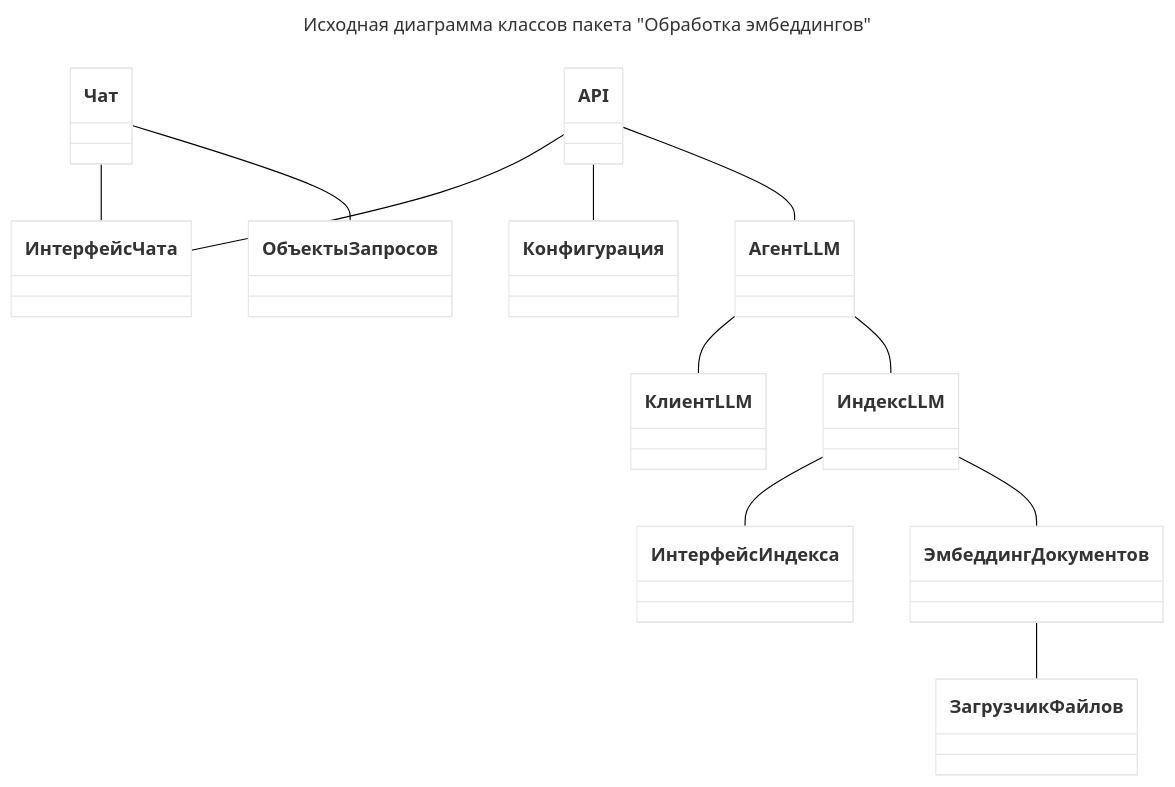
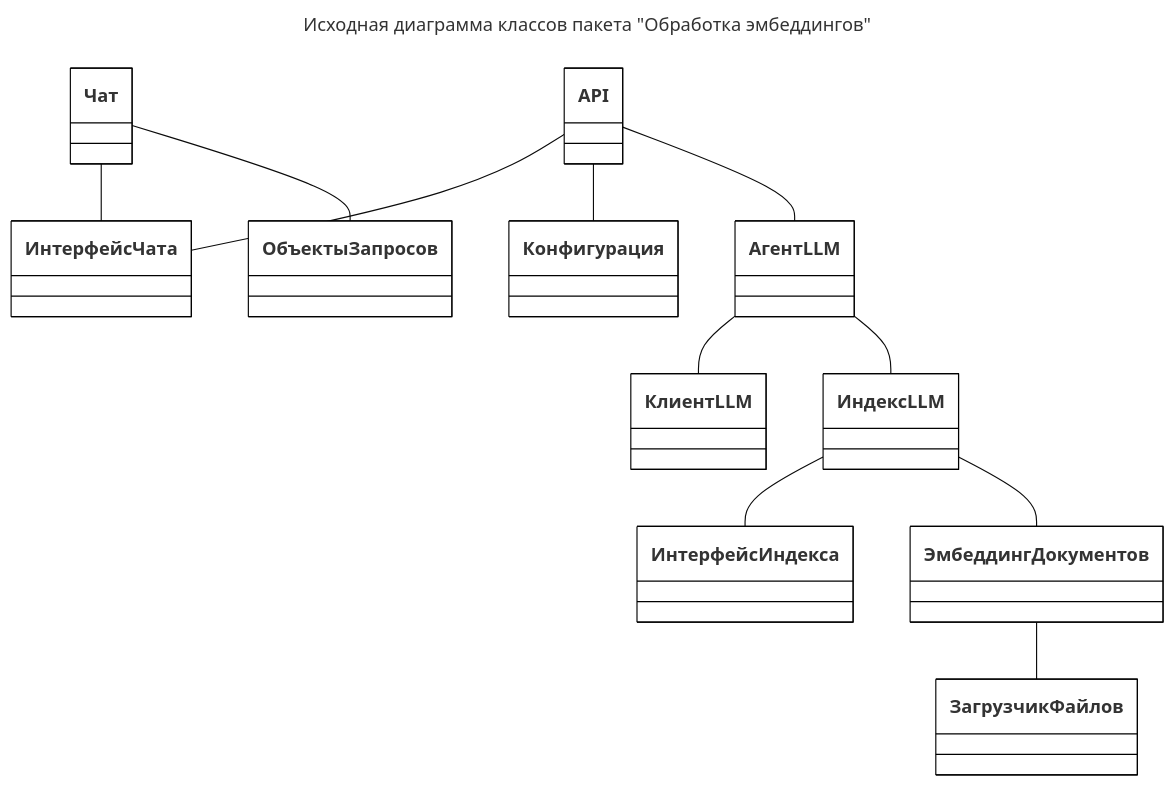
The diagram in Пакет Обработка эмбеддингов/Исходная диаграмма классов.md (CHSU-scenarAIst/diagrammy), drawn with Mermaid before and after one commit. The commit also changed 12 other files, not shown here.

````diff
--- a/Пакет Обработка эмбеддингов/Исходная диаграмма классов.md
+++ b/Пакет Обработка эмбеддингов/Исходная диаграмма классов.md
@@ -2,29 +2,39 @@
 ```mermaid
 ---
 title: Исходная диаграмма классов пакета "Обработка эмбеддингов"
 ---
-%%{init: {'theme': 'base', 'themeVariables': { 'primaryColor': '#fff', 'edgeColor': '#000', 'lineColor': '#000', 'actorTextColor': '#000'}}}%%
+%%{init: {
+  'theme': 'base',
+  'themeVariables': {
+    'primaryColor': '#fff',
+    'primaryBorderColor': '#000',
+    'fontFamily': 'arial',
+    'fontSize': '16px',
+    'signalTextColor': '#000',
+    'activationBackgroundColor': '#000'
+  }
+}}%%
 classDiagram
     class АгентLLM
     class КлиентLLM
     class ИндексLLM
     class ИнтерфейсИндекса
     class ЭмбеддингДокументов
     class ЗагрузчикФайлов
     class Чат
     class ИнтерфейсЧата
     class ОбъектыЗапросов
     class API
     class Конфигурация
 
     АгентLLM -- КлиентLLM
     АгентLLM -- ИндексLLM
     ИндексLLM -- ИнтерфейсИндекса
     ИндексLLM -- ЭмбеддингДокументов
     ЭмбеддингДокументов -- ЗагрузчикФайлов
     Чат -- ИнтерфейсЧата
     Чат -- ОбъектыЗапросов
     API -- ИнтерфейсЧата
     API -- Конфигурация
     API -- АгентLLM
 ```
````
